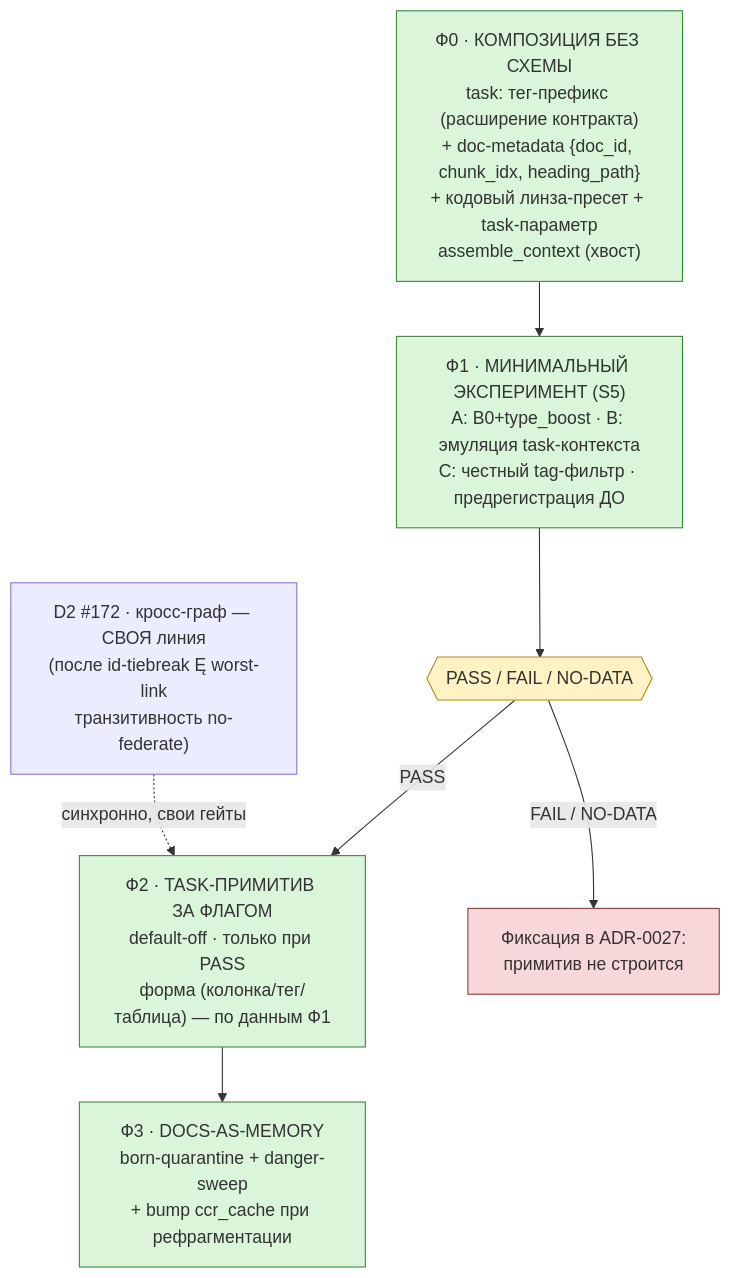
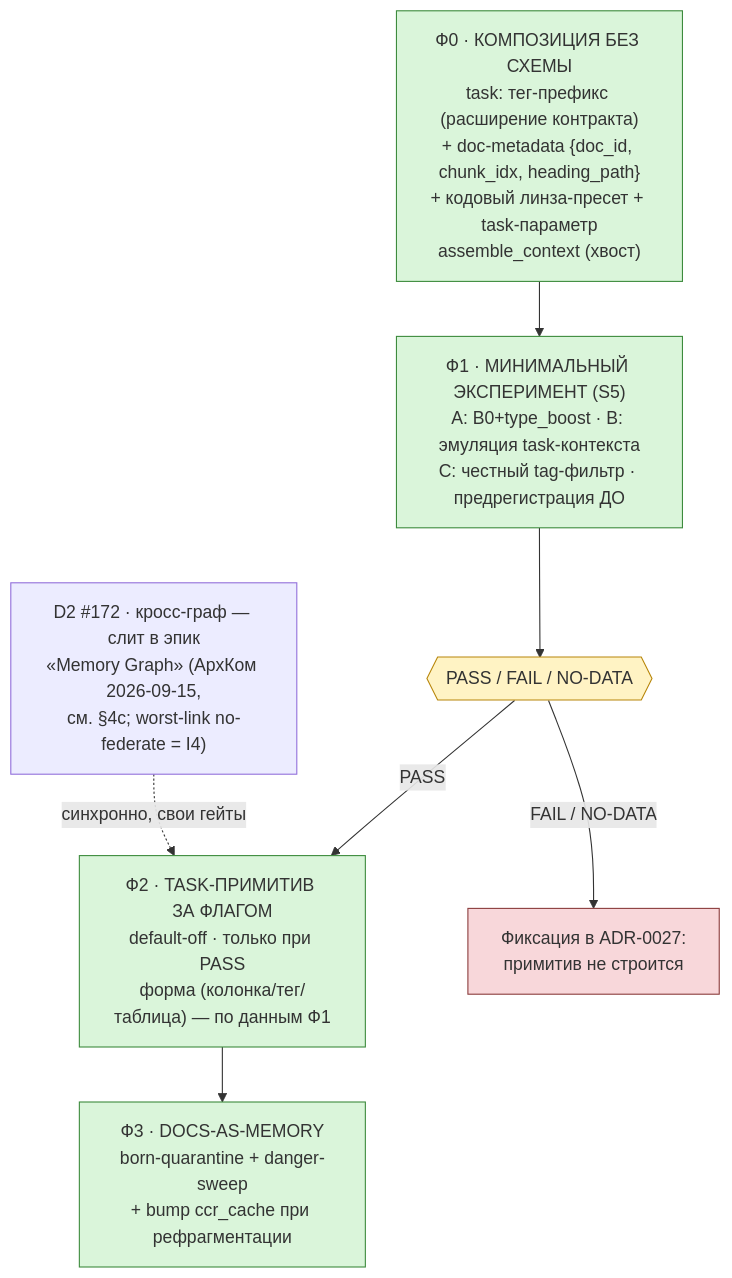
Before and after one commit to vesmaro/vesmaro: the third of 4 diagrams in docs/project/dev-plan.md, drawn with Mermaid. The commit also changed other lines of this file and 1 other file, not shown here.

````diff
--- a/docs/project/dev-plan.md
+++ b/docs/project/dev-plan.md
@@ -414,20 +415,20 @@
 ```mermaid
 flowchart TD
     F0["Ф0 · КОМПОЗИЦИЯ БЕЗ СХЕМЫ<br/>task: тег-префикс (расширение контракта)<br/>+ doc-metadata {doc_id, chunk_idx, heading_path}<br/>+ кодовый линза-пресет + task-параметр<br/>assemble_context (хвост)"]
     F1["Ф1 · МИНИМАЛЬНЫЙ ЭКСПЕРИМЕНТ (S5)<br/>A: B0+type_boost · B: эмуляция task-контекста<br/>C: честный tag-фильтр · предрегистрация ДО"]
     F2["Ф2 · TASK-ПРИМИТИВ ЗА ФЛАГОМ<br/>default-off · только при PASS<br/>форма (колонка/тег/таблица) — по данным Ф1"]
     F3["Ф3 · DOCS-AS-MEMORY<br/>born-quarantine + danger-sweep<br/>+ bump ccr_cache при рефрагментации"]
-    D2["D2 #172 · кросс-граф — СВОЯ линия<br/>(после id-tiebreak #280; worst-link<br/>транзитивность no-federate)"]
+    D2["D2 #172 · кросс-граф — слит в эпик<br/>«Memory Graph» (АрхКом 2026-09-15,<br/>см. §4c; worst-link no-federate = I4)"]
     GATE{{"PASS / FAIL / NO-DATA"}}
     XF["Фиксация в ADR-0027:<br/>примитив не строится"]
     F0 --> F1 --> GATE
     GATE -- PASS --> F2 --> F3
     GATE -- "FAIL / NO-DATA" --> XF
     D2 -. синхронно, свои гейты .-> F2
     classDef phase fill:#daf5da,stroke:#3d8b3d
     classDef gate fill:#fff3c4,stroke:#b8860b
     classDef stop fill:#f8d7da,stroke:#8b3d3d
     class F0,F1,F2,F3 phase
     class GATE gate
     class XF stop
 ```
````
